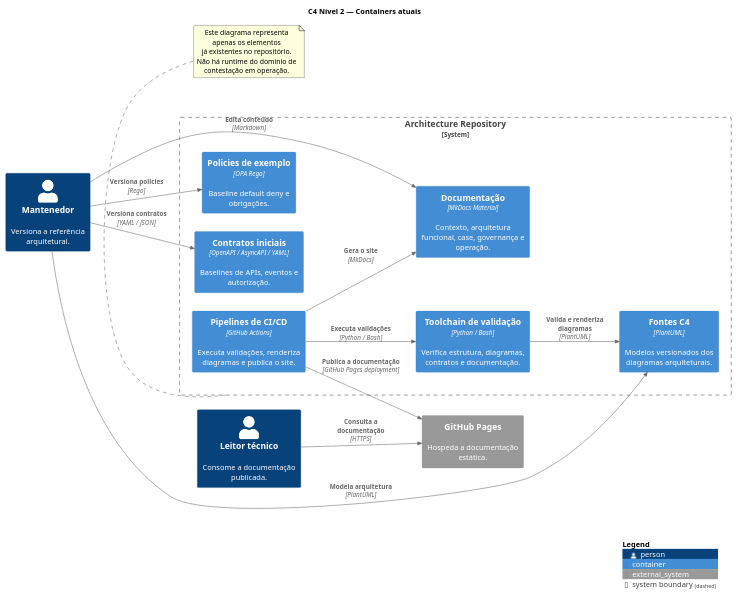
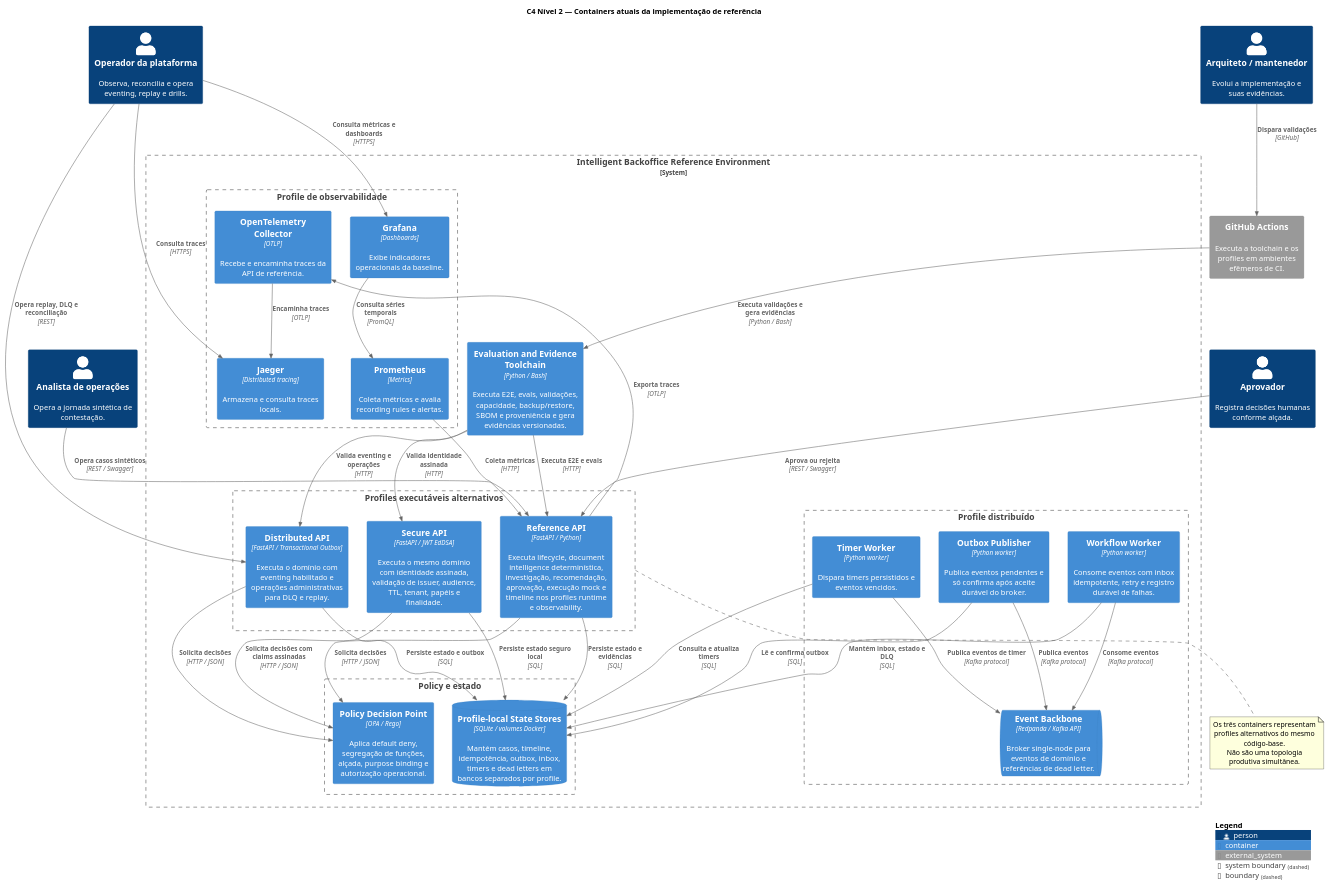
Before and after one commit to leandrosflora/intelligent-backoffice-platform-architecture: the diagram in C4/c4-container-current.puml, drawn with PlantUML.

Commit message:
Atualiza containers C4 da baseline executável

```diff
--- a/C4/c4-container-current.puml
+++ b/C4/c4-container-current.puml
@@ -1,38 +1,80 @@
 @startuml
 !include <C4/C4_Container>
 
-title C4 Nível 2 — Containers atuais
-LAYOUT_LEFT_RIGHT()
+title C4 Nível 2 — Containers atuais da implementação de referência
+LAYOUT_TOP_DOWN()
 
-Person(author, "Mantenedor", "Versiona a referência arquitetural.")
-Person(reader, "Leitor técnico", "Consome a documentação publicada.")
+Person(analyst, "Analista de operações", "Opera a jornada sintética de contestação.")
+Person(approver, "Aprovador", "Registra decisões humanas conforme alçada.")
+Person(operator, "Operador da plataforma", "Observa, reconcilia e opera eventing, replay e drills.")
+Person(maintainer, "Arquiteto / mantenedor", "Evolui a implementação e suas evidências.")
 
-System_Boundary(repositoryBoundary, "Architecture Repository") {
-  Container(docs, "Documentação", "MkDocs Material", "Contexto, arquitetura funcional, case, governança e operação.")
-  Container(c4, "Fontes C4", "PlantUML", "Modelos versionados dos diagramas arquiteturais.")
-  Container(contracts, "Contratos iniciais", "OpenAPI / AsyncAPI / YAML", "Baselines de APIs, eventos e autorização.")
-  Container(policies, "Policies de exemplo", "OPA Rego", "Baseline default deny e obrigações.")
-  Container(scripts, "Toolchain de validação", "Python / Bash", "Verifica estrutura, diagramas, contratos e documentação.")
-  Container(ci, "Pipelines de CI/CD", "GitHub Actions", "Executa validações, renderiza diagramas e publica o site.")
+System_Boundary(reference, "Intelligent Backoffice Reference Environment") {
+  Boundary(apiProfiles, "Profiles executáveis alternativos") {
+    Container(runtimeApi, "Reference API", "FastAPI / Python", "Executa lifecycle, document intelligence determinística, investigação, recomendação, aprovação, execução mock e timeline nos profiles runtime e observability.")
+    Container(secureApi, "Secure API", "FastAPI / JWT EdDSA", "Executa o mesmo domínio com identidade assinada, validação de issuer, audience, TTL, tenant, papéis e finalidade.")
+    Container(distributedApi, "Distributed API", "FastAPI / Transactional Outbox", "Executa o domínio com eventing habilitado e operações administrativas para DLQ e replay.")
+  }
+
+  Boundary(policyAndState, "Policy e estado") {
+    Container(opa, "Policy Decision Point", "OPA / Rego", "Aplica default deny, segregação de funções, alçada, purpose binding e autorização operacional.")
+    ContainerDb(sqlite, "Profile-local State Stores", "SQLite / volumes Docker", "Mantém casos, timeline, idempotência, outbox, inbox, timers e dead letters em bancos separados por profile.")
+  }
+
+  Boundary(distributedProfile, "Profile distribuído") {
+    Container(outboxPublisher, "Outbox Publisher", "Python worker", "Publica eventos pendentes e só confirma após aceite durável do broker.")
+    Container(workflowWorker, "Workflow Worker", "Python worker", "Consome eventos com inbox idempotente, retry e registro durável de falhas.")
+    Container(timerWorker, "Timer Worker", "Python worker", "Dispara timers persistidos e eventos vencidos.")
+    ContainerQueue(redpanda, "Event Backbone", "Redpanda / Kafka API", "Broker single-node para eventos de domínio e referências de dead letter.")
+  }
+
+  Boundary(observabilityProfile, "Profile de observabilidade") {
+    Container(otel, "OpenTelemetry Collector", "OTLP", "Recebe e encaminha traces da API de referência.")
+    Container(prometheus, "Prometheus", "Metrics", "Coleta métricas e avalia recording rules e alertas.")
+    Container(grafana, "Grafana", "Dashboards", "Exibe indicadores operacionais da baseline.")
+    Container(jaeger, "Jaeger", "Distributed tracing", "Armazena e consulta traces locais.")
+  }
+
+  Container(toolchain, "Evaluation and Evidence Toolchain", "Python / Bash", "Executa E2E, evals, validações, capacidade, backup/restore, SBOM e proveniência e gera evidências versionadas.")
 }
 
-System_Ext(pages, "GitHub Pages", "Hospeda a documentação estática.")
+System_Ext(actions, "GitHub Actions", "Executa a toolchain e os profiles em ambientes efêmeros de CI.")
 
-Rel(author, docs, "Edita conteúdo", "Markdown")
-Rel(author, c4, "Modela arquitetura", "PlantUML")
-Rel(author, contracts, "Versiona contratos", "YAML / JSON")
-Rel(author, policies, "Versiona policies", "Rego")
-Rel(ci, scripts, "Executa validações", "Python / Bash")
-Rel(scripts, c4, "Valida e renderiza diagramas", "PlantUML")
-Rel(ci, docs, "Gera o site", "MkDocs")
-Rel(ci, pages, "Publica a documentação", "GitHub Pages deployment")
-Rel(reader, pages, "Consulta a documentação", "HTTPS")
+Rel(analyst, runtimeApi, "Opera casos sintéticos", "REST / Swagger")
+Rel(approver, runtimeApi, "Aprova ou rejeita", "REST / Swagger")
+Rel(operator, distributedApi, "Opera replay, DLQ e reconciliação", "REST")
+Rel(operator, grafana, "Consulta métricas e dashboards", "HTTPS")
+Rel(operator, jaeger, "Consulta traces", "HTTPS")
+Rel(maintainer, actions, "Dispara validações", "GitHub")
 
-note bottom of repositoryBoundary
-Este diagrama representa apenas os elementos
-já existentes no repositório.
-Não há runtime do domínio de contestação em operação.
+Rel(runtimeApi, opa, "Solicita decisões", "HTTP / JSON")
+Rel(runtimeApi, sqlite, "Persiste estado e evidências", "SQL")
+Rel(secureApi, opa, "Solicita decisões com claims assinadas", "HTTP / JSON")
+Rel(secureApi, sqlite, "Persiste estado seguro local", "SQL")
+Rel(distributedApi, opa, "Solicita decisões", "HTTP / JSON")
+Rel(distributedApi, sqlite, "Persiste estado e outbox", "SQL")
+
+Rel(outboxPublisher, sqlite, "Lê e confirma outbox", "SQL")
+Rel(outboxPublisher, redpanda, "Publica eventos", "Kafka protocol")
+Rel(workflowWorker, redpanda, "Consome eventos", "Kafka protocol")
+Rel(workflowWorker, sqlite, "Mantém inbox, estado e DLQ", "SQL")
+Rel(timerWorker, sqlite, "Consulta e atualiza timers", "SQL")
+Rel(timerWorker, redpanda, "Publica eventos de timer", "Kafka protocol")
+
+Rel(runtimeApi, otel, "Exporta traces", "OTLP")
+Rel(prometheus, runtimeApi, "Coleta métricas", "HTTP")
+Rel(otel, jaeger, "Encaminha traces", "OTLP")
+Rel(grafana, prometheus, "Consulta séries temporais", "PromQL")
+
+Rel(actions, toolchain, "Executa validações e gera evidências", "Python / Bash")
+Rel(toolchain, runtimeApi, "Executa E2E e evals", "HTTP")
+Rel(toolchain, secureApi, "Valida identidade assinada", "HTTP")
+Rel(toolchain, distributedApi, "Valida eventing e operações", "HTTP")
+
+note bottom of apiProfiles
+Os três containers representam profiles alternativos do mesmo código-base.
+Não são uma topologia produtiva simultânea.
 end note
 
 SHOW_LEGEND()
 @enduml
```
